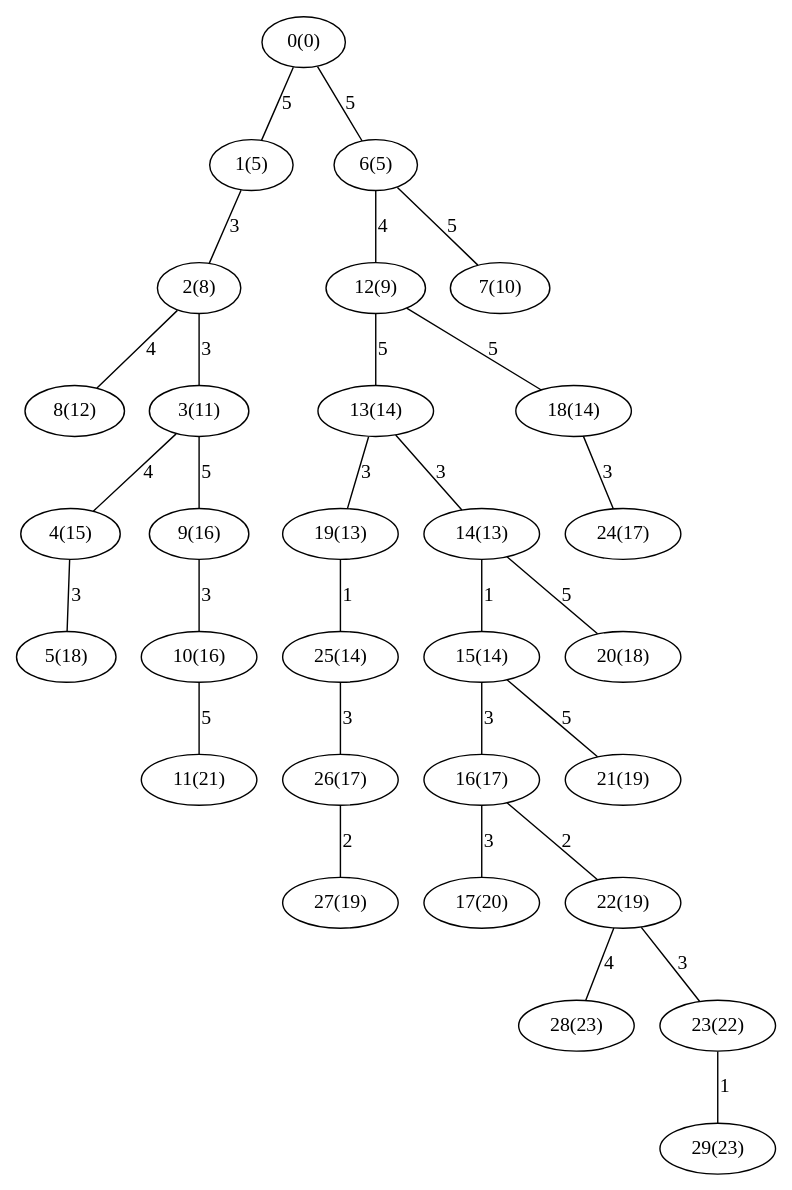
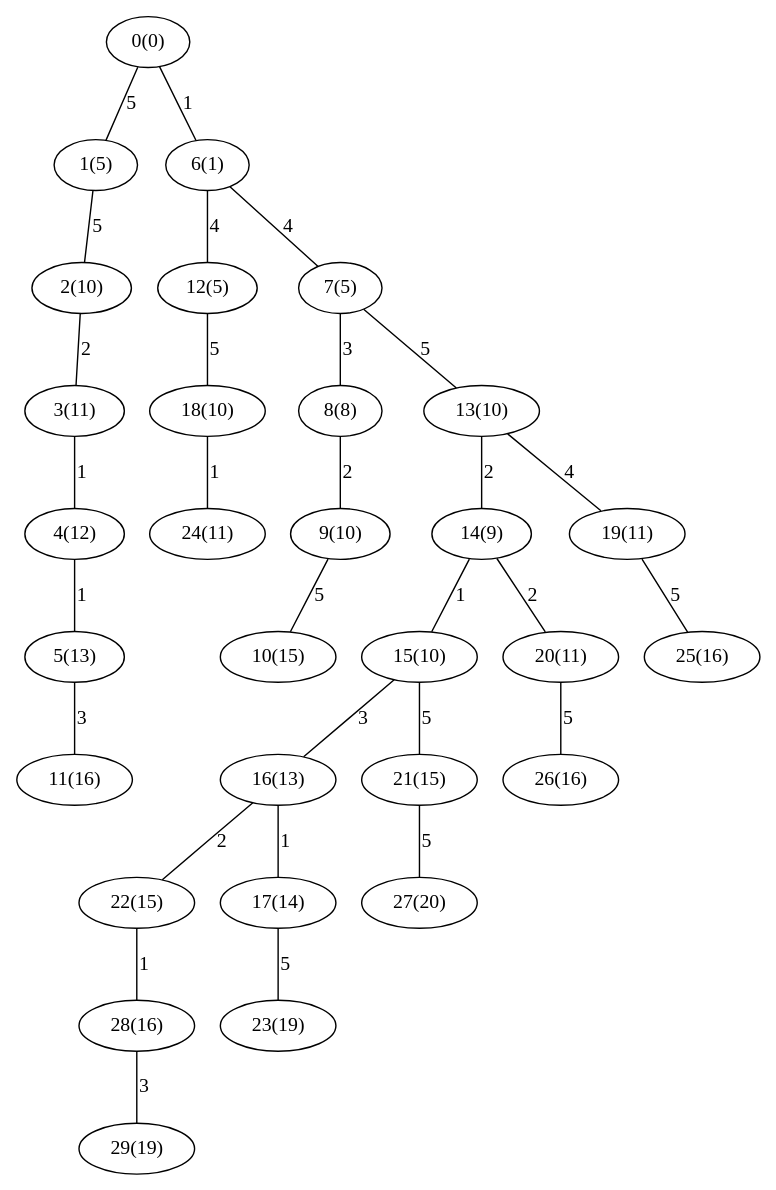
Before and after one commit to saradejesuss/GenerarGrafos: the diagram in Dijkstra_Malla3030.gv, drawn with Graphviz. The commit also changed 8 other files, not shown here.

```diff
--- a/Dijkstra_Malla3030.gv
+++ b/Dijkstra_Malla3030.gv
@@ -1,61 +1,61 @@
 graph{
-   17 [label="17(20)"];
+   15 [label="15(10)"];
    1 [label="1(5)"];
-   10 [label="10(16)"];
-   8 [label="8(12)"];
-   22 [label="22(19)"];
-   24 [label="24(17)"];
-   12 [label="12(9)"];
-   19 [label="19(13)"];
-   5 [label="5(18)"];
-   4 [label="4(15)"];
-   27 [label="27(19)"];
-   2 [label="2(8)"];
-   16 [label="16(17)"];
-   9 [label="9(16)"];
-   21 [label="21(19)"];
-   15 [label="15(14)"];
-   26 [label="26(17)"];
-   28 [label="28(23)"];
+   20 [label="20(11)"];
+   22 [label="22(15)"];
    3 [label="3(11)"];
-   29 [label="29(23)"];
-   13 [label="13(14)"];
+   12 [label="12(5)"];
+   6 [label="6(1)"];
+   11 [label="11(16)"];
+   24 [label="24(11)"];
+   2 [label="2(10)"];
+   23 [label="23(19)"];
+   10 [label="10(15)"];
+   8 [label="8(8)"];
+   27 [label="27(20)"];
+   16 [label="16(13)"];
+   13 [label="13(10)"];
+   21 [label="21(15)"];
+   28 [label="28(16)"];
+   25 [label="25(16)"];
+   17 [label="17(14)"];
+   18 [label="18(10)"];
+   29 [label="29(19)"];
+   26 [label="26(16)"];
+   14 [label="14(9)"];
+   4 [label="4(12)"];
+   19 [label="19(11)"];
+   5 [label="5(13)"];
+   7 [label="7(5)"];
+   9 [label="9(10)"];
    0 [label="0(0)"];
-   20 [label="20(18)"];
-   6 [label="6(5)"];
-   25 [label="25(14)"];
-   14 [label="14(13)"];
-   18 [label="18(14)"];
-   11 [label="11(21)"];
-   7 [label="7(10)"];
-   23 [label="23(22)"];
-   13 -- 14 [label="3"];
+   3 -- 4 [label="1"];
+   0 -- 1 [label="5"];
+   4 -- 5 [label="1"];
+   14 -- 15 [label="1"];
+   0 -- 6 [label="1"];
+   16 -- 17 [label="1"];
+   14 -- 20 [label="2"];
+   6 -- 7 [label="4"];
+   16 -- 22 [label="2"];
+   2 -- 3 [label="2"];
+   6 -- 12 [label="4"];
+   5 -- 11 [label="3"];
+   18 -- 24 [label="1"];
+   22 -- 28 [label="1"];
+   1 -- 2 [label="5"];
+   17 -- 23 [label="5"];
+   9 -- 10 [label="5"];
    12 -- 18 [label="5"];
-   10 -- 11 [label="5"];
-   0 -- 1 [label="5"];
-   16 -- 17 [label="3"];
-   9 -- 10 [label="3"];
-   6 -- 7 [label="5"];
-   13 -- 19 [label="3"];
-   16 -- 22 [label="2"];
-   6 -- 12 [label="4"];
-   18 -- 24 [label="3"];
-   22 -- 23 [label="3"];
-   2 -- 8 [label="4"];
-   3 -- 4 [label="4"];
-   26 -- 27 [label="2"];
-   1 -- 2 [label="3"];
+   7 -- 8 [label="3"];
+   21 -- 27 [label="5"];
    15 -- 16 [label="3"];
-   14 -- 15 [label="1"];
-   3 -- 9 [label="5"];
+   7 -- 13 [label="5"];
    15 -- 21 [label="5"];
-   23 -- 29 [label="1"];
-   4 -- 5 [label="3"];
-   22 -- 28 [label="4"];
-   2 -- 3 [label="3"];
-   25 -- 26 [label="3"];
-   0 -- 6 [label="5"];
-   19 -- 25 [label="1"];
-   14 -- 20 [label="5"];
-   12 -- 13 [label="5"];
+   28 -- 29 [label="3"];
+   19 -- 25 [label="5"];
+   8 -- 9 [label="2"];
+   13 -- 14 [label="2"];
+   20 -- 26 [label="5"];
+   13 -- 19 [label="4"];
 }
```
